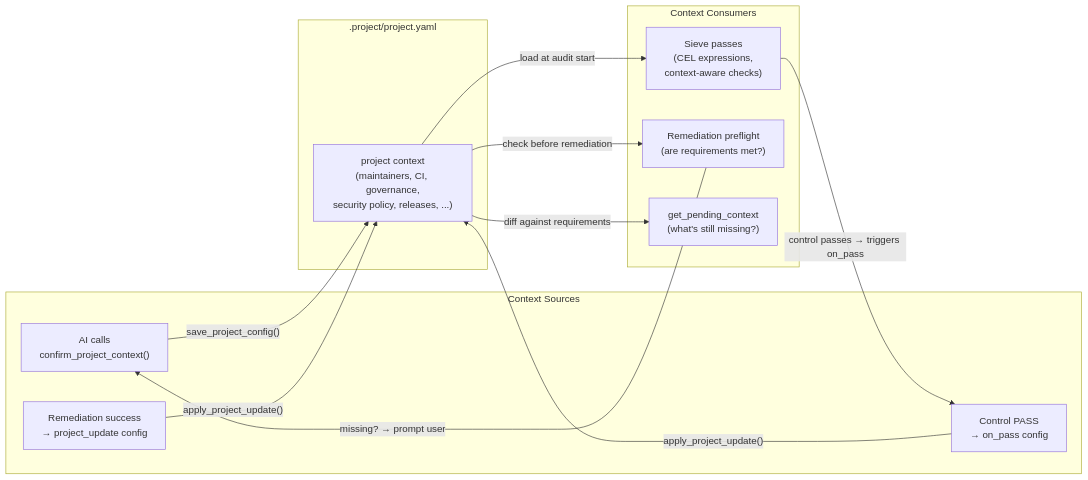
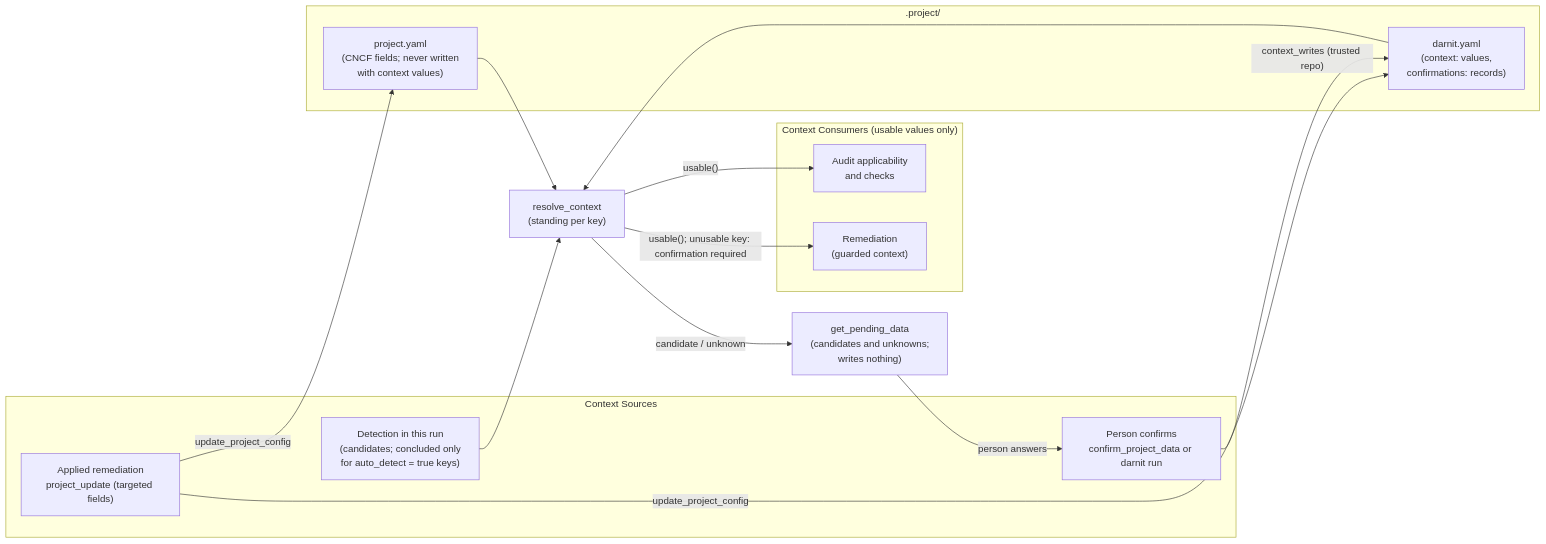
Before and after one commit to darnitdevorg/darnit: the fifth of 6 diagrams in docs/WORKFLOW.md, drawn with Mermaid. The commit also changed other lines of this file and 21 other files, not shown here.

````diff
--- a/docs/WORKFLOW.md
+++ b/docs/WORKFLOW.md
@@ -183,29 +183,35 @@
 ```mermaid
 flowchart LR
     subgraph Sources["Context Sources"]
-        User["AI calls<br/>confirm_project_context()"]
-        OnPass["Control PASS<br/>→ on_pass config"]
-        Remediation["Remediation success<br/>→ project_update config"]
+        Detect["Detection in this run<br/>(candidates; concluded only<br/>for auto_detect = true keys)"]
+        Person["Person confirms<br/>confirm_project_data or darnit run"]
+        Remediation["Applied remediation<br/>project_update (targeted fields)"]
     end
 
-    subgraph Store[".project/project.yaml"]
-        YAML["project context<br/>(maintainers, CI, governance,<br/>security policy, releases, ...)"]
+    subgraph Store[".project/"]
+        Project["project.yaml<br/>(CNCF fields; never written<br/>with context values)"]
+        Ext["darnit.yaml<br/>(context: values,<br/>confirmations: records)"]
     end
 
-    subgraph Consumers["Context Consumers"]
-        Sieve["Sieve passes<br/>(CEL expressions,<br/>context-aware checks)"]
-        Preflight["Remediation preflight<br/>(are requirements met?)"]
-        Pending["get_pending_context<br/>(what's still missing?)"]
+    Resolver["resolve_context<br/>(standing per key)"]
+
+    subgraph Consumers["Context Consumers (usable values only)"]
+        Sieve["Audit applicability<br/>and checks"]
+        Preflight["Remediation<br/>(guarded context)"]
     end
 
-    User -->|"save_project_config()"| YAML
-    OnPass -->|"apply_project_update()"| YAML
-    Remediation -->|"apply_project_update()"| YAML
+    Pending["get_pending_data<br/>(candidates and unknowns;<br/>writes nothing)"]
 
-    YAML -->|"load at audit start"| Sieve
-    YAML -->|"check before remediation"| Preflight
-    YAML -->|"diff against requirements"| Pending
+    Person -->|"context_writes (trusted repo)"| Ext
+    Remediation -->|"update_project_config"| Project
+    Remediation -->|"update_project_config"| Ext
 
-    Sieve -->|"control passes → triggers on_pass"| OnPass
-    Preflight -->|"missing? → prompt user"| User
+    Project --> Resolver
+    Ext --> Resolver
+    Detect --> Resolver
+
+    Resolver -->|"usable()"| Sieve
+    Resolver -->|"usable(); unusable key: confirmation required"| Preflight
+    Resolver -->|"candidate / unknown"| Pending
+    Pending -->|"person answers"| Person
 ```
````
